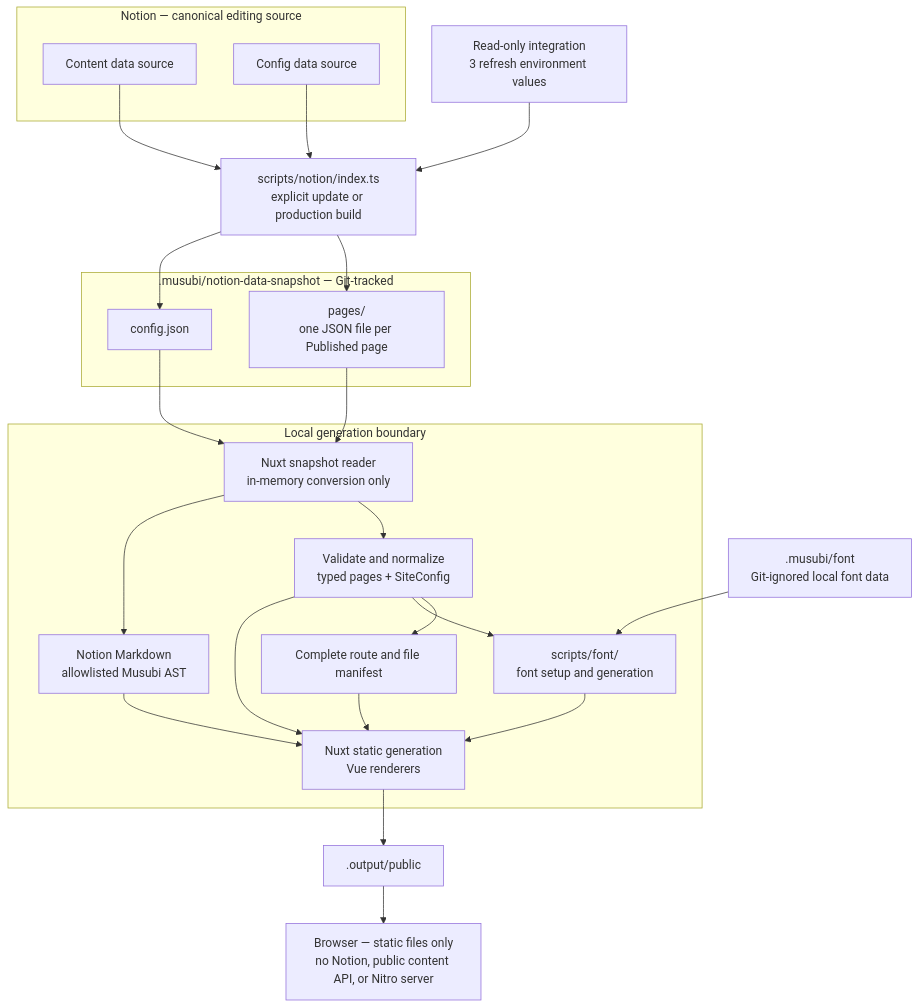
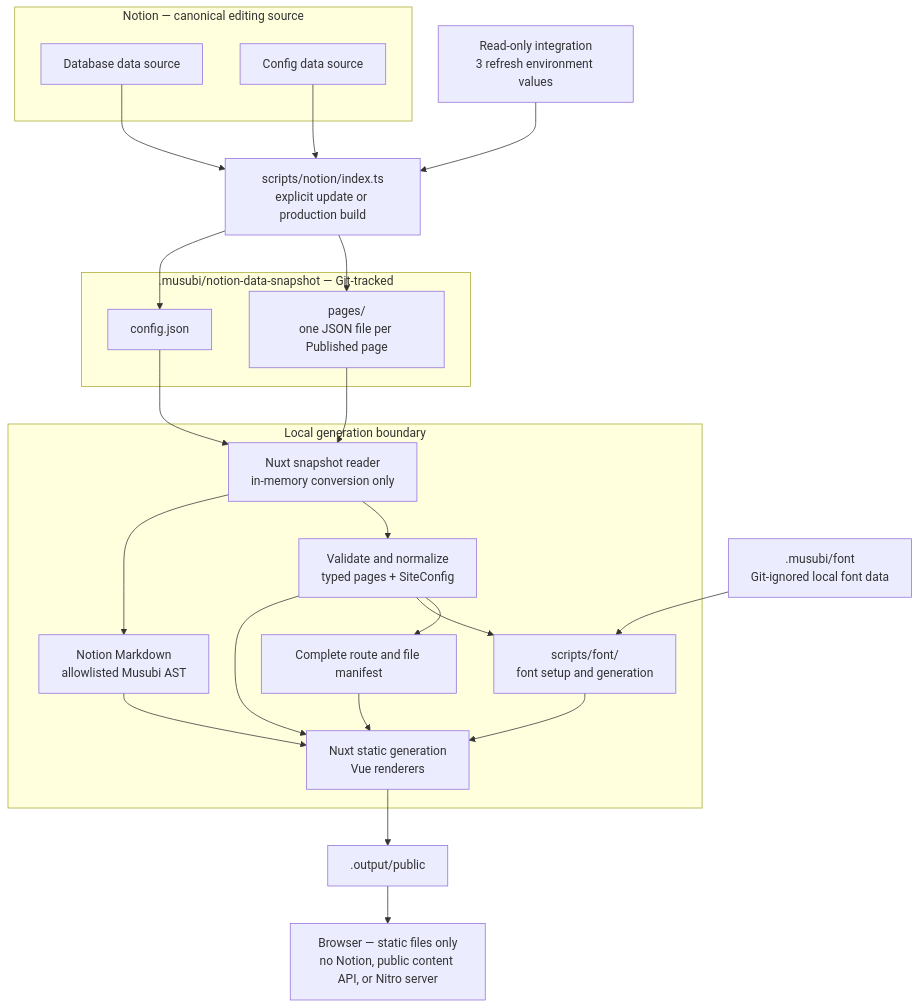
One commit to hyfdev/musubi changed the diagram in .agents/docs/architecture.md. Above: the diagram before and after it, drawn with Mermaid. The commit also changed other lines of this file and 8 other files, not shown here.

````diff
--- a/.agents/docs/architecture.md
+++ b/.agents/docs/architecture.md
@@ -9,49 +9,49 @@
 ```mermaid
 flowchart TB
   subgraph notion["Notion — canonical editing source"]
-    content["Content data source"]
+    content["Database data source"]
     config["Config data source"]
   end
 
   env["Read-only integration\n3 refresh environment values"]
 
   refresh["scripts/notion/index.ts\nexplicit update or production build"]
 
   subgraph data[".musubi/notion-data-snapshot — Git-tracked"]
     pageData["pages/\none JSON file per Published page"]
     configData["config.json"]
   end
 
   fontData[".musubi/font\nGit-ignored local font data"]
 
   subgraph build["Local generation boundary"]
     reader["Nuxt snapshot reader\nin-memory conversion only"]
     normalize["Validate and normalize\ntyped pages + SiteConfig"]
     body["Notion Markdown\nallowlisted Musubi AST"]
     fonts["scripts/font/\nfont setup and generation"]
     manifest["Complete route and file manifest"]
     nuxt["Nuxt static generation\nVue renderers"]
   end
 
   output[".output/public"]
   browser["Browser — static files only\nno Notion, public content API, or Nitro server"]
 
   env --> refresh
   content --> refresh
   config --> refresh
   refresh --> pageData
   refresh --> configData
   pageData --> reader
   configData --> reader
   fontData --> fonts
   reader --> normalize
   reader --> body
   normalize --> manifest
   normalize --> fonts
   normalize --> nuxt
   body --> nuxt
   fonts --> nuxt
   manifest --> nuxt
   nuxt --> output
   output --> browser
 ```
````
